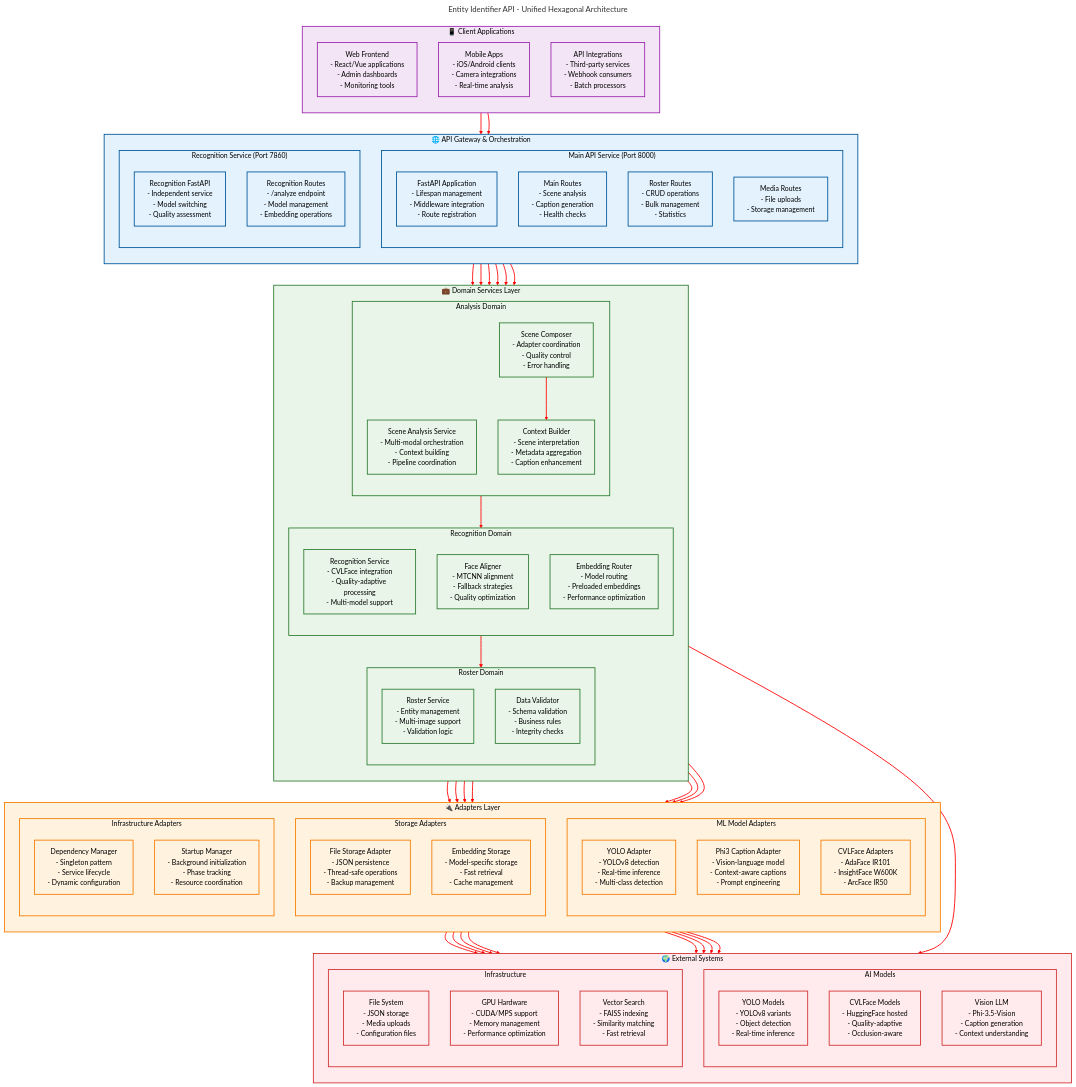
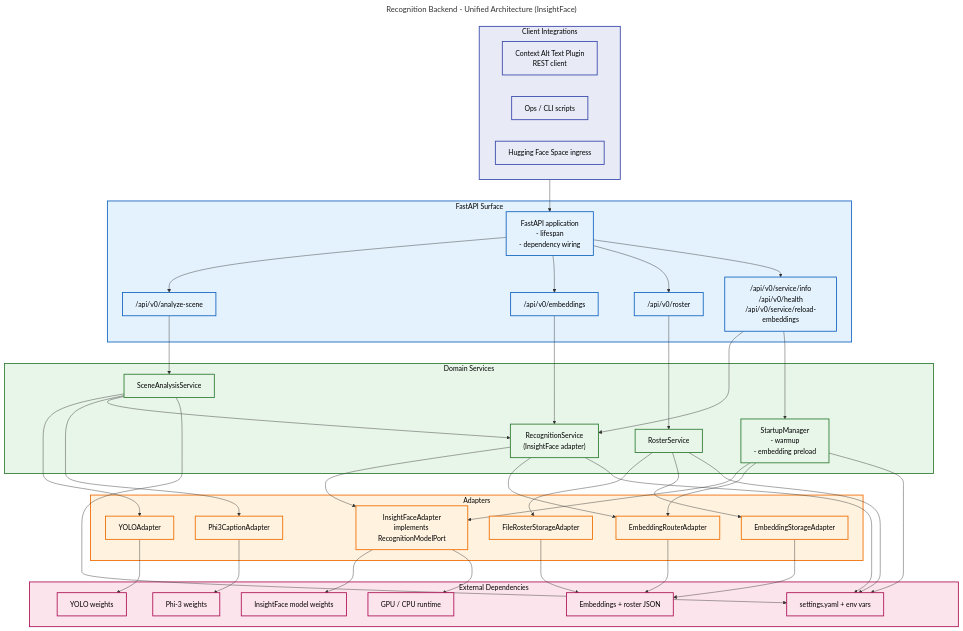
The diagram in docs/architecture/backend-uml/unified_architecture.mermaid (darce/context-alt-text-monorepo), drawn with Mermaid before and after one commit. The commit also changed 11 other files, not shown here.

Commit message:
docs: sync UML, task list, and literature guides for recognition overhaul

```diff
--- a/docs/architecture/backend-uml/unified_architecture.mermaid
+++ b/docs/architecture/backend-uml/unified_architecture.mermaid
@@ -1,200 +1,98 @@
 ---
-title: Entity Identifier API - Unified Hexagonal Architecture
+title: Recognition Backend - Unified Architecture (InsightFace)
 ---
 flowchart TB
-    %% ===================================================================
-    %% CLIENT APPLICATIONS
-    %% ===================================================================
-    subgraph clients ["📱 Client Applications"]
-        direction TB
-        web_clients["Web Frontend<br/>- React/Vue applications<br/>- Admin dashboards<br/>- Monitoring tools"]
-        mobile_clients["Mobile Apps<br/>- iOS/Android clients<br/>- Camera integrations<br/>- Real-time analysis"]
-        api_clients["API Integrations<br/>- Third-party services<br/>- Webhook consumers<br/>- Batch processors"]
+    %% Clients
+    subgraph clients["Client Integrations"]
+        wp_plugin["Context Alt Text Plugin\nREST client"]
+        ops_cli["Ops / CLI scripts"]
+        hf_space["Hugging Face Space ingress"]
     end
 
-    %% ===================================================================
-    %% API GATEWAY & ORCHESTRATION LAYER
-    %% ===================================================================
-    subgraph api_layer ["🌐 API Gateway & Orchestration"]
-        direction TB
-        
-        subgraph main_api ["Main API Service (Port 8000)"]
-            direction TB
-            fastapi["FastAPI Application<br/>- Lifespan management<br/>- Middleware integration<br/>- Route registration"]
-            main_routes["Main Routes<br/>- Scene analysis<br/>- Caption generation<br/>- Health checks"]
-            roster_routes["Roster Routes<br/>- CRUD operations<br/>- Bulk management<br/>- Statistics"]
-            media_routes["Media Routes<br/>- File uploads<br/>- Storage management"]
-        end
-        
-        subgraph recognition_api ["Recognition Service (Port 7860)"]
-            direction TB
-            recognition_fastapi["Recognition FastAPI<br/>- Independent service<br/>- Model switching<br/>- Quality assessment"]
-            recognition_routes["Recognition Routes<br/>- /analyze endpoint<br/>- Model management<br/>- Embedding operations"]
-        end
+    %% API Layer
+    subgraph api["FastAPI Surface"]
+        fastapi_app["FastAPI application\n- lifespan\n- dependency wiring"]
+        analyze_route["/api/v0/analyze-scene"]
+        embeddings_route["/api/v0/embeddings"]
+        roster_route["/api/v0/roster"]
+        health_route["/api/v0/service/info\n/api/v0/health\n/api/v0/service/reload-embeddings"]
     end
 
-    %% ===================================================================
-    %% DOMAIN SERVICES LAYER
-    %% ===================================================================
-    subgraph domain_services ["💼 Domain Services Layer"]
-        direction TB
-        
-        subgraph analysis_domain ["Analysis Domain"]
-            direction TB
-            scene_analysis["Scene Analysis Service<br/>- Multi-modal orchestration<br/>- Context building<br/>- Pipeline coordination"]
-            scene_composer["Scene Composer<br/>- Adapter coordination<br/>- Quality control<br/>- Error handling"]
-            context_builder["Context Builder<br/>- Scene interpretation<br/>- Metadata aggregation<br/>- Caption enhancement"]
-        end
-        
-        subgraph recognition_domain ["Recognition Domain"]
-            direction TB
-            recognition_service["Recognition Service<br/>- CVLFace integration<br/>- Quality-adaptive processing<br/>- Multi-model support"]
-            face_aligner["Face Aligner<br/>- MTCNN alignment<br/>- Fallback strategies<br/>- Quality optimization"]
-            embedding_router["Embedding Router<br/>- Model routing<br/>- Preloaded embeddings<br/>- Performance optimization"]
-        end
-        
-        subgraph roster_domain ["Roster Domain"]
-            direction TB
-            roster_service["Roster Service<br/>- Entity management<br/>- Multi-image support<br/>- Validation logic"]
-            data_validator["Data Validator<br/>- Schema validation<br/>- Business rules<br/>- Integrity checks"]
-        end
+    %% Domain Services
+    subgraph domain["Domain Services"]
+        scene_service["SceneAnalysisService"]
+        recognition_service["RecognitionService\n(InsightFace adapter)"]
+        roster_service["RosterService"]
+        startup_manager["StartupManager\n- warmup\n- embedding preload"]
     end
 
-    %% ===================================================================
-    %% ADAPTERS LAYER
-    %% ===================================================================
-    subgraph adapters_layer ["🔌 Adapters Layer"]
-        direction TB
-        
-        subgraph ml_adapters ["ML Model Adapters"]
-            direction TB
-            yolo_adapter["YOLO Adapter<br/>- YOLOv8 detection<br/>- Real-time inference<br/>- Multi-class detection"]
-            phi3_adapter["Phi3 Caption Adapter<br/>- Vision-language model<br/>- Context-aware captions<br/>- Prompt engineering"]
-            cvlface_adapters["CVLFace Adapters<br/>- AdaFace IR101<br/>- InsightFace W600K<br/>- ArcFace IR50"]
-        end
-        
-        subgraph storage_adapters ["Storage Adapters"]
-            direction TB
-            file_storage["File Storage Adapter<br/>- JSON persistence<br/>- Thread-safe operations<br/>- Backup management"]
-            embedding_storage["Embedding Storage<br/>- Model-specific storage<br/>- Fast retrieval<br/>- Cache management"]
-        end
-        
-        subgraph infrastructure_adapters ["Infrastructure Adapters"]
-            direction TB
-            dependency_manager["Dependency Manager<br/>- Singleton pattern<br/>- Service lifecycle<br/>- Dynamic configuration"]
-            startup_manager["Startup Manager<br/>- Background initialization<br/>- Phase tracking<br/>- Resource coordination"]
-        end
+    %% Adapters
+    subgraph adapters["Adapters"]
+        yolo_adapter["YOLOAdapter"]
+        caption_adapter["Phi3CaptionAdapter"]
+        recognition_adapter["InsightFaceAdapter\nimplements RecognitionModelPort"]
+        embedding_adapter["EmbeddingRouterAdapter"]
+        roster_storage["FileRosterStorageAdapter"]
+        embedding_storage["EmbeddingStorageAdapter"]
     end
 
-    %% ===================================================================
-    %% EXTERNAL SYSTEMS
-    %% ===================================================================
-    subgraph external_systems ["🌍 External Systems"]
-        direction TB
-        
-        subgraph ai_models ["AI Models"]
-            direction TB
-            yolo_models["YOLO Models<br/>- YOLOv8 variants<br/>- Object detection<br/>- Real-time inference"]
-            cvlface_models["CVLFace Models<br/>- HuggingFace hosted<br/>- Quality-adaptive<br/>- Occlusion-aware"]
-            vision_llm["Vision LLM<br/>- Phi-3.5-Vision<br/>- Caption generation<br/>- Context understanding"]
-        end
-        
-        subgraph infrastructure ["Infrastructure"]
-            direction TB
-            file_system["File System<br/>- JSON storage<br/>- Media uploads<br/>- Configuration files"]
-            gpu_hardware["GPU Hardware<br/>- CUDA/MPS support<br/>- Memory management<br/>- Performance optimization"]
-            vector_search["Vector Search<br/>- FAISS indexing<br/>- Similarity matching<br/>- Fast retrieval"]
-        end
+    %% External
+    subgraph external["External Dependencies"]
+        insightface_weights["InsightFace model weights"]
+        yolo_weights["YOLO weights"]
+        phi3_weights["Phi-3 weights"]
+        roster_files["Embeddings + roster JSON"]
+        settings_store["settings.yaml + env vars"]
+        gpu_hardware["GPU / CPU runtime"]
     end
 
-    %% ===================================================================
-    %% DATA FLOW CONNECTIONS
-    %% ===================================================================
-    
-    %% Client to API connections
-    clients --> fastapi
-    clients --> recognition_fastapi
-    
-    %% API to Domain connections
-    fastapi --> scene_analysis
-    main_routes --> scene_composer
-    roster_routes --> roster_service
-    
-    recognition_fastapi --> recognition_service
-    recognition_routes --> face_aligner
-    recognition_routes --> embedding_router
-    
-    %% Domain to Domain connections
-    scene_analysis --> recognition_service
-    scene_composer --> context_builder
-    recognition_service --> roster_service
-    
-    %% Domain to Adapters connections
-    scene_composer --> yolo_adapter
-    scene_composer --> phi3_adapter
-    recognition_service --> cvlface_adapters
-    roster_service --> file_storage
+    %% Connections
+    clients --> fastapi_app
+    fastapi_app --> analyze_route
+    fastapi_app --> embeddings_route
+    fastapi_app --> roster_route
+    fastapi_app --> health_route
+
+    analyze_route --> scene_service
+    embeddings_route --> recognition_service
+    roster_route --> roster_service
+    health_route --> recognition_service
+    health_route --> startup_manager
+
+    scene_service --> yolo_adapter
+    scene_service --> caption_adapter
+    scene_service --> recognition_service
+
+    recognition_service --> recognition_adapter
+    recognition_service --> embedding_adapter
+
+    startup_manager --> recognition_adapter
+    startup_manager --> embedding_adapter
+
+    roster_service --> roster_storage
     roster_service --> embedding_storage
-    
-    scene_analysis --> dependency_manager
-    recognition_service --> startup_manager
-    
-    %% Adapters to External connections
-    yolo_adapter --> yolo_models
-    phi3_adapter --> vision_llm
-    cvlface_adapters --> cvlface_models
-    
-    file_storage --> file_system
-    embedding_storage --> file_system
-    cvlface_adapters --> gpu_hardware
-    
-    embedding_router --> vector_search
-    
-    dependency_manager --> file_system
-    startup_manager --> gpu_hardware
 
-    %% ===================================================================
-    %% STYLING
-    %% ===================================================================
-    classDef clientClass color:#000000,stroke:#9c27b0,stroke-width:2px,fill:#f3e5f5
-    classDef apiClass color:#000000,stroke:#01579b,stroke-width:2px,fill:#e3f2fd
-    classDef domainClass color:#000000,stroke:#2e7d32,stroke-width:2px,fill:#e8f5e8
-    classDef adapterClass color:#000000,stroke:#f57c00,stroke-width:2px,fill:#fff3e0
-    classDef externalClass color:#000000,stroke:#d32f2f,stroke-width:2px,fill:#ffebee
+    recognition_adapter --> insightface_weights
+    embedding_adapter --> roster_files
+    yolo_adapter --> yolo_weights
+    caption_adapter --> phi3_weights
+    roster_storage --> roster_files
+    embedding_storage --> roster_files
 
-    class clients,web_clients,mobile_clients,api_clients clientClass
-    class api_layer,main_api,recognition_api,fastapi,main_routes,roster_routes,media_routes,recognition_fastapi,recognition_routes apiClass
-    class domain_services,analysis_domain,recognition_domain,roster_domain,scene_analysis,scene_composer,context_builder,recognition_service,face_aligner,embedding_router,roster_service,data_validator domainClass
-    class adapters_layer,ml_adapters,storage_adapters,infrastructure_adapters,yolo_adapter,phi3_adapter,cvlface_adapters,file_storage,embedding_storage,dependency_manager,startup_manager adapterClass
-    class external_systems,ai_models,infrastructure,yolo_models,cvlface_models,vision_llm,file_system,gpu_hardware,vector_search externalClass
+    startup_manager --> settings_store
+    recognition_service --> settings_store
+    scene_service --> settings_store
+    roster_service --> settings_store
+    recognition_adapter --> gpu_hardware
 
-    %% Red arrow styling
-    linkStyle default stroke:#ff0000,stroke-width:2px
-    
-    %% ===================================================================
-    %% ARCHITECTURAL PATTERNS & SUMMARY
-    %% ===================================================================
-    
-    %% 🎭 ANALYSIS: Orchestrates multi-modal scene analysis
-    %% Object Detection → Face Recognition → Captioning
-    %% Implements hexagonal architecture
-    
-    %% 🎯 RECOGNITION: Independent microservice on port 7860
-    %% CVLFace models with quality-adaptive margins
-    %% Multi-model switching per request, AdaFace methodology
-    
-    %% 📇 ROSTER: Multi-image entity registry
-    %% Incremental embedding aggregation, occlusion-aware weighting
-    
-    %% 🏗️ SHARED: Platform infrastructure with singleton configuration
-    %% Hardware abstraction (GPU/CPU/MPS), model lifecycle management
-    
-    %% 🌐 API: RESTful endpoints with dependency injection
-    %% Request/response DTOs, presentation layer
-    
-    %% 📋 ARCHITECTURE SUMMARY:
-    %% 🔄 Hexagonal Architecture with Domain-Driven Design
-    %% 🏗️ Clean separation of concerns across 5 domains
-    %% 🎯 Occlusion-aware face recognition pipeline
-    %% ⚡ GPU-optimized model loading and attention
-    %% 📊 Multi-modal scene analysis orchestration
+    classDef clientsClass fill:#e8eaf6,stroke:#3949ab,color:#000,stroke-width:2px
+    classDef apiClass fill:#e3f2fd,stroke:#1565c0,color:#000,stroke-width:2px
+    classDef domainClass fill:#e8f5e9,stroke:#2e7d32,color:#000,stroke-width:2px
+    classDef adapterClass fill:#fff3e0,stroke:#ef6c00,color:#000,stroke-width:2px
+    classDef externalClass fill:#fce4ec,stroke:#ad1457,color:#000,stroke-width:2px
+
+    class clients,wp_plugin,ops_cli,hf_space clientsClass
+    class api,fastapi_app,analyze_route,embeddings_route,roster_route,health_route apiClass
+    class domain,scene_service,recognition_service,roster_service,startup_manager domainClass
+    class adapters,yolo_adapter,caption_adapter,recognition_adapter,embedding_adapter,roster_storage,embedding_storage adapterClass
+    class external,insightface_weights,yolo_weights,phi3_weights,roster_files,settings_store,gpu_hardware externalClass
```
